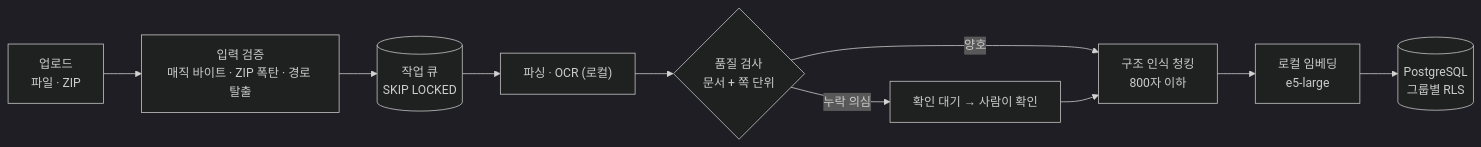
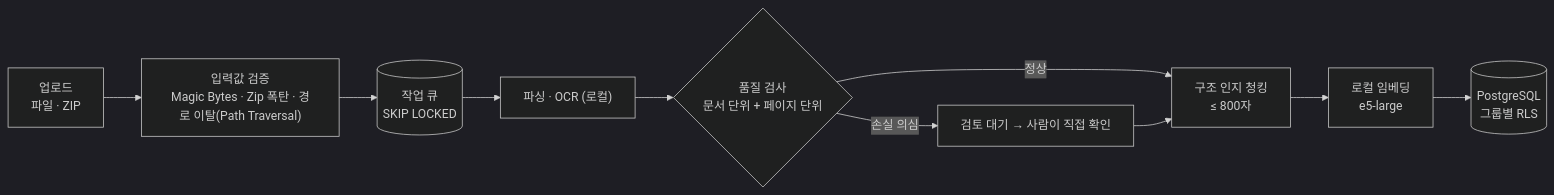
Before and after one commit to agii990114-ctrl/lawca-mcp: the third of 3 diagrams in README.md, drawn with Mermaid (dark theme). The commit also changed other lines of this file and 1 other file, not shown here.

````diff
--- a/README.md
+++ b/README.md
@@ -82,11 +84,12 @@
 ```mermaid
 flowchart LR
-    UP["업로드<br/>파일 · ZIP"] --> V["입력 검증<br/>매직 바이트 · ZIP 폭탄 · 경로 탈출"]
+    UP["업로드<br/>파일 · ZIP"] --> V["입력값 검증<br/>Magic Bytes · Zip 폭탄 · 경로 이탈(Path Traversal)"]
     V --> Q[("작업 큐<br/>SKIP LOCKED")]
     Q --> PA["파싱 · OCR (로컬)"]
-    PA --> QC{"품질 검사<br/>문서 + 쪽 단위"}
-    QC -- "누락 의심" --> RV["확인 대기 → 사람이 확인"]
-    QC -- "양호" --> CH["구조 인식 청킹<br/>800자 이하"]
+    PA --> QC{"품질 검사<br/>문서 단위 + 페이지 단위"}
+    QC -- "손실 의심" --> RV["검토 대기 → 사람이 직접 확인"]
+    QC -- "정상" --> CH["구조 인지 청킹<br/>≤ 800자"]
     RV --> CH
     CH --> EM["로컬 임베딩<br/>e5-large"] --> DB[("PostgreSQL<br/>그룹별 RLS")]
+
 ```
````
